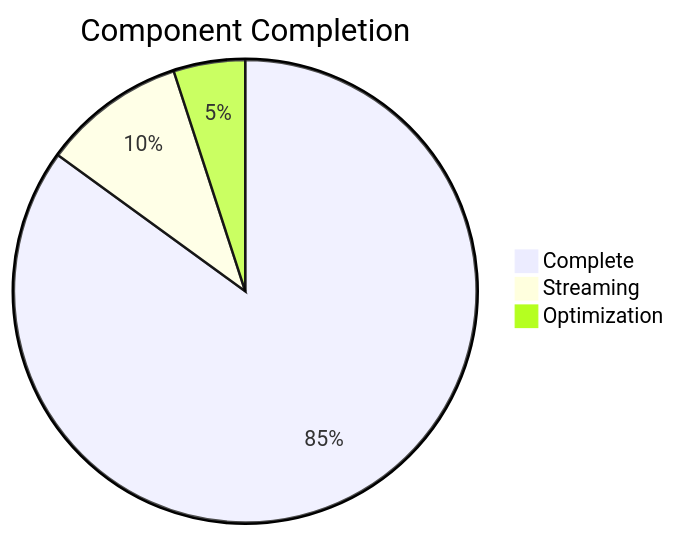
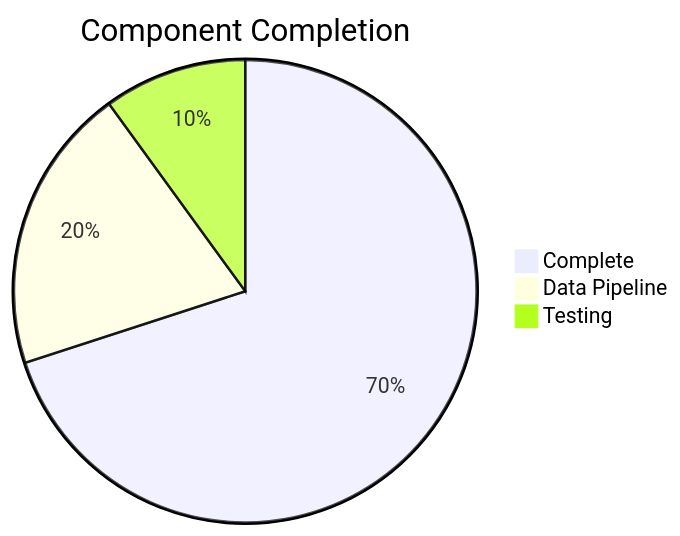
One commit to laialex501/lorechat-container changed the diagram in memory-bank/progress.md. Above: the diagram before and after it, drawn with Mermaid. The commit also changed other lines of this file and 26 other files, not shown here.

````diff
--- a/memory-bank/progress.md
+++ b/memory-bank/progress.md
@@ -6,6 +6,6 @@
 ```mermaid
 pie title Component Completion
-    "Complete" : 85
-    "Streaming" : 10
-    "Optimization" : 5
+    "Complete" : 70
+    "Data Pipeline" : 20
+    "Testing" : 10
 ```
````
